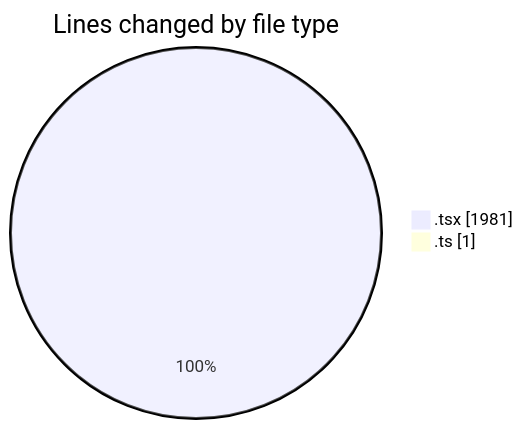
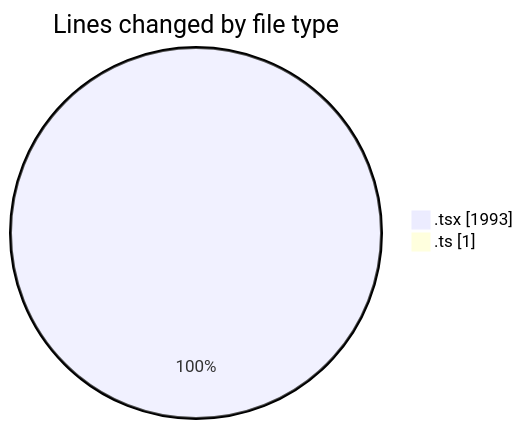
One commit to robertbonfada/code-tracking changed the first of 2 diagrams in 2025-03-08/mbc-web/README.md. Above: the diagram before and after it, drawn with Mermaid. The commit also changed other lines of this file and 1 other file, not shown here.

````diff
--- a/2025-03-08/mbc-web/README.md
+++ b/2025-03-08/mbc-web/README.md
@@ -29,6 +30,6 @@
 ```mermaid
 pie showData
 title Lines changed by file type
-".tsx" : 1981
+".tsx" : 1993
 ".ts" : 1
 ```
````
